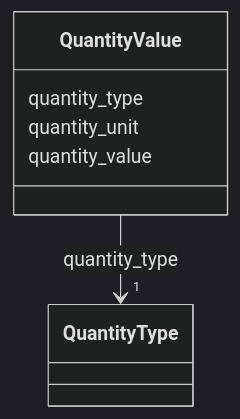
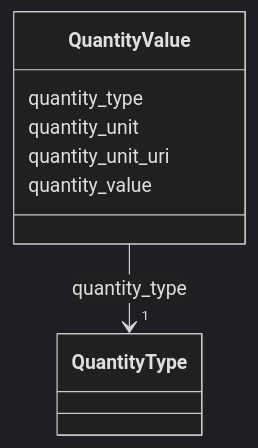
One commit to simondilhas/pragmatic-bim-data-contract changed the diagram in latest/schema/QuantityValue.md. Above: the diagram before and after it, drawn with Mermaid (dark theme). The commit also changed other lines of this file and 1314 other files, not shown here.

````diff
--- a/latest/schema/QuantityValue.md
+++ b/latest/schema/QuantityValue.md
@@ -18,21 +23,23 @@
 ```mermaid
  classDiagram
     class QuantityValue
     click QuantityValue href "../QuantityValue/"
       QuantityValue : quantity_type
         
           
     
         
         
         QuantityValue --> "1" QuantityType : quantity_type
         click QuantityType href "../QuantityType/"
     
 
         
       QuantityValue : quantity_unit
         
+      QuantityValue : quantity_unit_uri
+        
       QuantityValue : quantity_value
         
       
 ```
````
